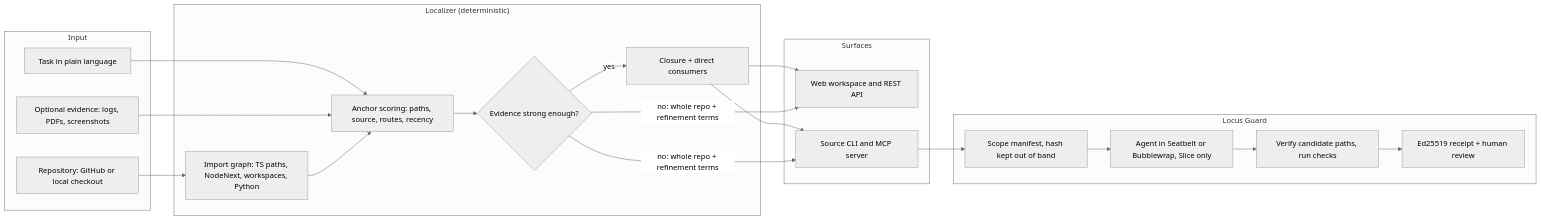
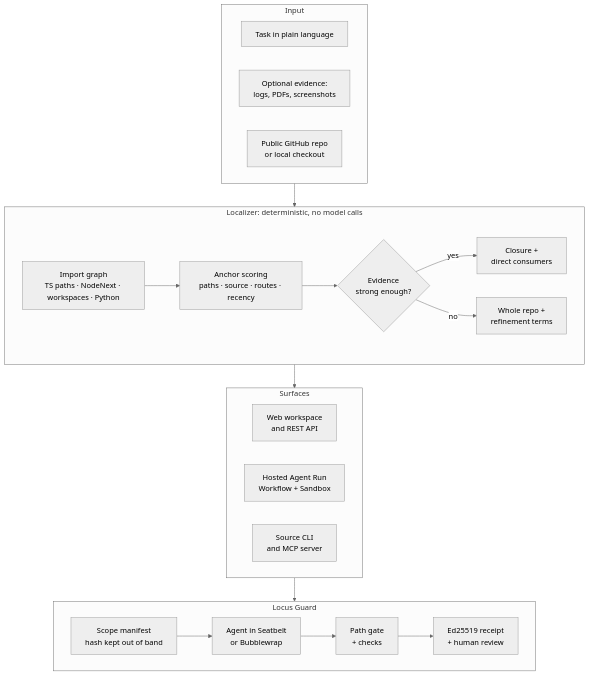
One commit to taranggoyal70/locus changed the diagram in README.md. Above: the diagram before and after it, drawn with Mermaid (neutral theme).

Commit message:
docs(readme): stack the architecture diagram so it stays legible

````diff
--- a/README.md
+++ b/README.md
@@ -98,30 +98,36 @@
 ```mermaid
-flowchart LR
-    subgraph Input
+flowchart TB
+    subgraph Input["Input"]
+        direction LR
         Task["Task in plain language"]
-        Evidence["Optional evidence: logs, PDFs, screenshots"]
-        Repo["Repository: GitHub or local checkout"]
+        Evidence["Optional evidence:<br/>logs, PDFs, screenshots"]
+        Repo["Public GitHub repo<br/>or local checkout"]
     end
-    subgraph Localizer["Localizer (deterministic)"]
-        Graph["Import graph: TS paths, NodeNext, workspaces, Python"]
-        Anchor["Anchor scoring: paths, source, routes, recency"]
-        Closure["Closure + direct consumers"]
-        Widen{"Evidence strong enough?"}
+    subgraph Localizer["Localizer: deterministic, no model calls"]
+        direction LR
+        Graph["Import graph<br/>TS paths · NodeNext · workspaces · Python"]
+        Anchor["Anchor scoring<br/>paths · source · routes · recency"]
+        Widen{"Evidence<br/>strong enough?"}
+        Closure["Closure +<br/>direct consumers"]
+        Whole["Whole repo +<br/>refinement terms"]
+        Graph --> Anchor --> Widen
+        Widen -->|yes| Closure
+        Widen -->|no| Whole
     end
-    subgraph Surfaces
-        Web["Web workspace and REST API"]
-        CLI["Source CLI and MCP server"]
+    subgraph Surfaces["Surfaces"]
+        direction LR
+        Web["Web workspace<br/>and REST API"]
+        Agent["Hosted Agent Run<br/>Workflow + Sandbox"]
+        CLI["Source CLI<br/>and MCP server"]
     end
     subgraph Guard["Locus Guard"]
-        Manifest["Scope manifest, hash kept out of band"]
-        Runner["Agent in Seatbelt or Bubblewrap, Slice only"]
-        Verify["Verify candidate paths, run checks"]
-        Receipt["Ed25519 receipt + human review"]
+        direction LR
+        Manifest["Scope manifest<br/>hash kept out of band"]
+        Runner["Agent in Seatbelt<br/>or Bubblewrap"]
+        Verify["Path gate<br/>+ checks"]
+        Receipt["Ed25519 receipt<br/>+ human review"]
+        Manifest --> Runner --> Verify --> Receipt
     end
-    Task --> Anchor
-    Evidence --> Anchor
-    Repo --> Graph --> Anchor --> Widen
-    Widen -->|yes| Closure --> Web & CLI
-    Widen -->|no: whole repo + refinement terms| Web & CLI
-    CLI --> Manifest --> Runner --> Verify --> Receipt
+    Input --> Localizer --> Surfaces
+    CLI --> Guard
 ```
````
